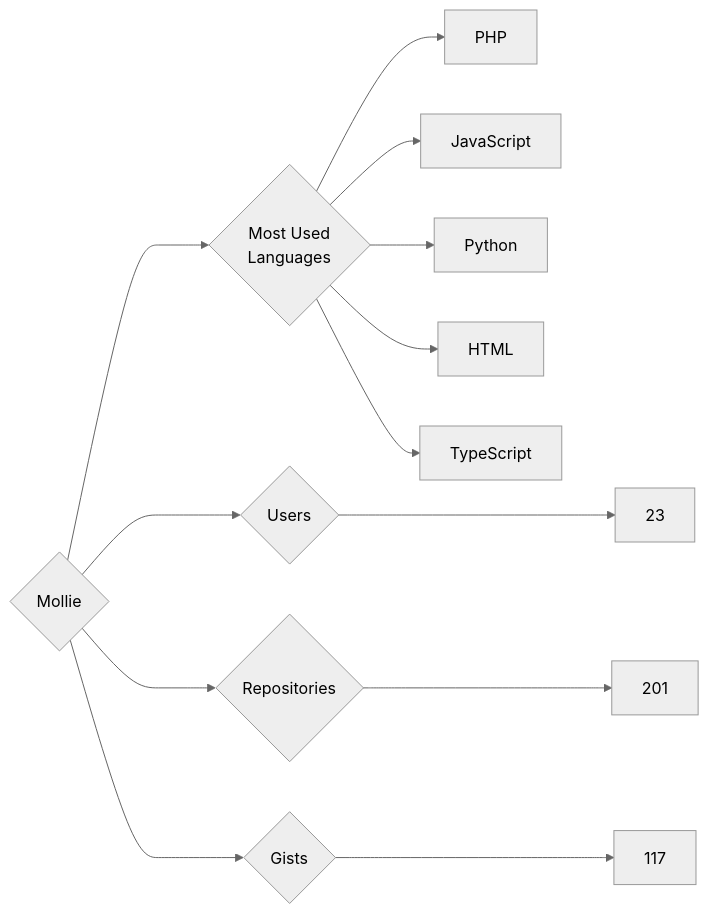
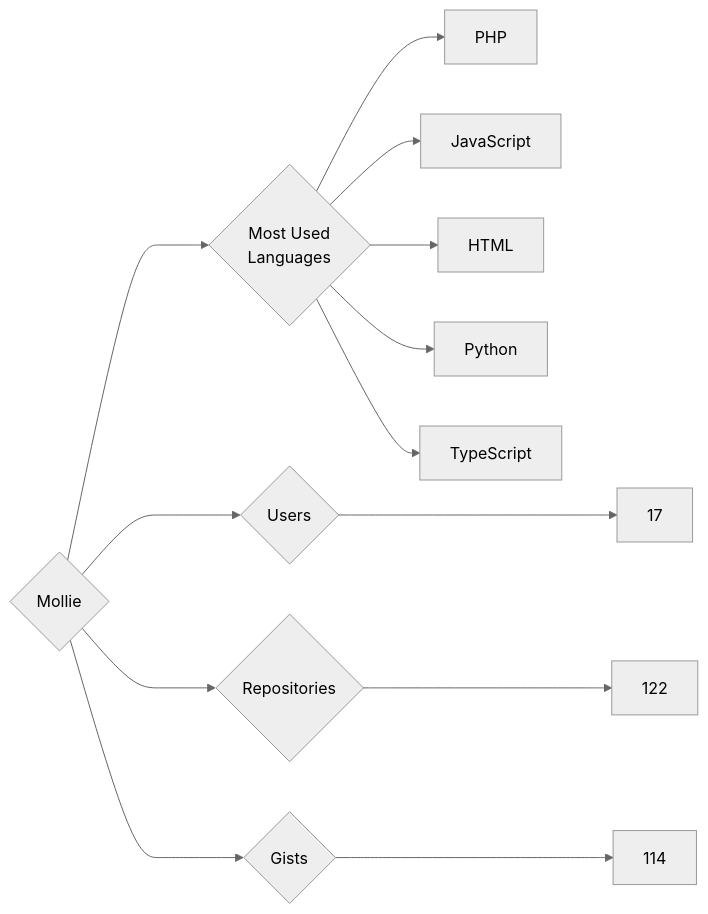
The diagram in targets/Mollie/README.md (trickest/insiders), drawn with Mermaid (neutral theme) before and after one commit. The commit also changed 787 other files, not shown here.

````diff
--- a/targets/Mollie/README.md
+++ b/targets/Mollie/README.md
@@ -3,13 +3,13 @@
 ```mermaid
 graph LR
 COMPANY_NAME{Mollie}
-COMPANY_NAME ---> U{Users} ---> UN[23]
-COMPANY_NAME ---> R{Repositories} ---> RN[201]
-COMPANY_NAME ---> G{Gists} ---> GN[117]
+COMPANY_NAME ---> U{Users} ---> UN[17]
+COMPANY_NAME ---> R{Repositories} ---> RN[122]
+COMPANY_NAME ---> G{Gists} ---> GN[114]
 COMPANY_NAME ---> ML{Most Used<br>Languages}
 ML --> PHP[PHP]
 ML --> JavaScript[JavaScript]
+ML --> HTML[HTML]
 ML --> Python[Python]
-ML --> HTML[HTML]
 ML --> TypeScript[TypeScript]
 ```
````
